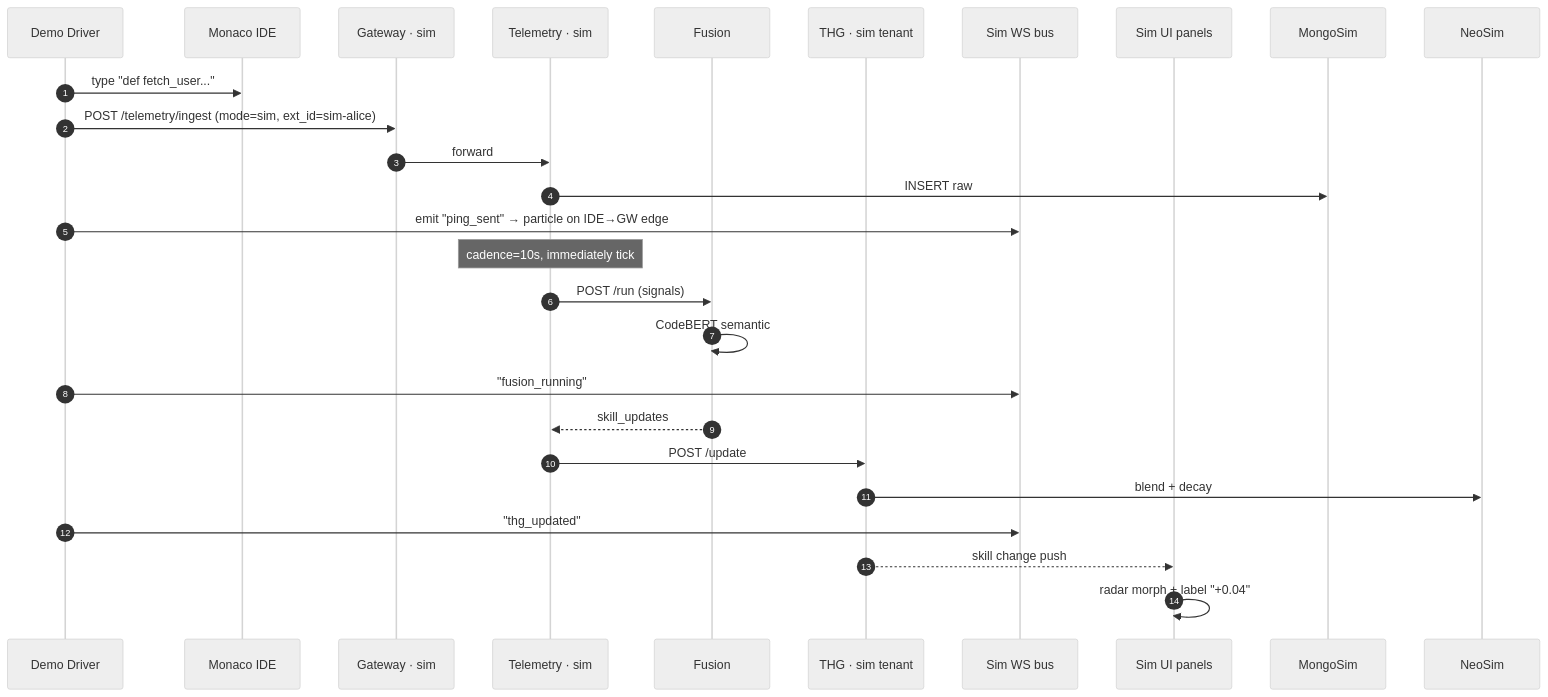
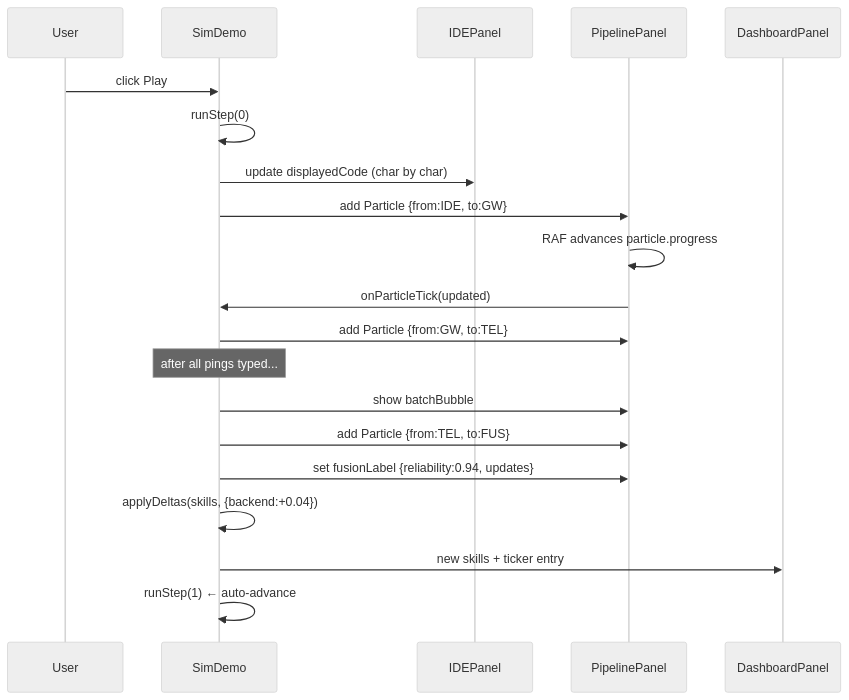
The diagram in DCT/11 - Simulation Mode/Sim Mode - Architecture.md (PurpleDrip/Adaptive-Developer-Twin), drawn with Mermaid (neutral theme) before and after one commit. The commit also changed other lines of this file and 65 other files, not shown here.

````diff
--- a/DCT/11 - Simulation Mode/Sim Mode - Architecture.md
+++ b/DCT/11 - Simulation Mode/Sim Mode - Architecture.md
@@ -84,28 +95,23 @@
 ```mermaid
 sequenceDiagram
-    autonumber
-    participant Driver as Demo Driver
-    participant IDE as Monaco IDE
-    participant GW as Gateway · sim
-    participant TEL as Telemetry · sim
-    participant FUS as Fusion
-    participant THG as THG · sim tenant
-    participant WS as Sim WS bus
-    participant UI as Sim UI panels
+    participant User
+    participant SimDemo
+    participant IDEPanel
+    participant PipelinePanel
+    participant DashboardPanel
 
-    Driver->>IDE: type "def fetch_user..."
-    Driver->>GW: POST /telemetry/ingest (mode=sim, ext_id=sim-alice)
-    GW->>TEL: forward
-    TEL->>MongoSim: INSERT raw
-    Driver->>WS: emit "ping_sent" → particle on IDE→GW edge
-    Note over TEL: cadence=10s, immediately tick
-    TEL->>FUS: POST /run (signals)
-    FUS->>FUS: CodeBERT semantic
-    Driver->>WS: "fusion_running"
-    FUS-->>TEL: skill_updates
-    TEL->>THG: POST /update
-    THG->>NeoSim: blend + decay
-    Driver->>WS: "thg_updated"
-    THG-->>UI: skill change push
-    UI->>UI: radar morph + label "+0.04"
+    User->>SimDemo: click Play
+    SimDemo->>SimDemo: runStep(0)
+    SimDemo->>IDEPanel: update displayedCode (char by char)
+    SimDemo->>PipelinePanel: add Particle {from:IDE, to:GW}
+    PipelinePanel->>PipelinePanel: RAF advances particle.progress
+    PipelinePanel->>SimDemo: onParticleTick(updated)
+    SimDemo->>PipelinePanel: add Particle {from:GW, to:TEL}
+    Note over SimDemo: after all pings typed...
+    SimDemo->>PipelinePanel: show batchBubble
+    SimDemo->>PipelinePanel: add Particle {from:TEL, to:FUS}
+    SimDemo->>PipelinePanel: set fusionLabel {reliability:0.94, updates}
+    SimDemo->>SimDemo: applyDeltas(skills, {backend:+0.04})
+    SimDemo->>DashboardPanel: new skills + ticker entry
+    SimDemo->>SimDemo: runStep(1)  ← auto-advance
 ```
````
